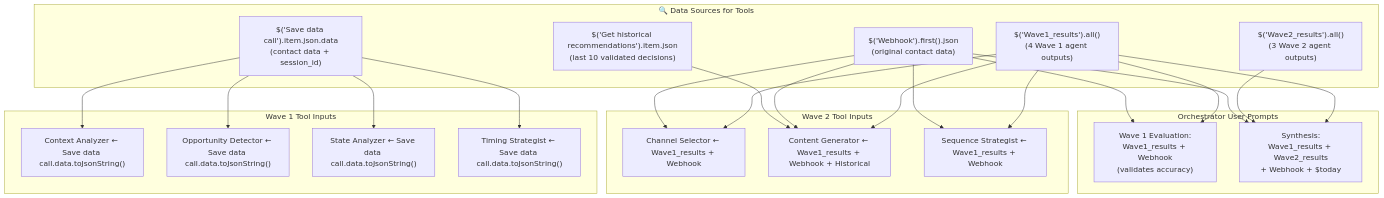
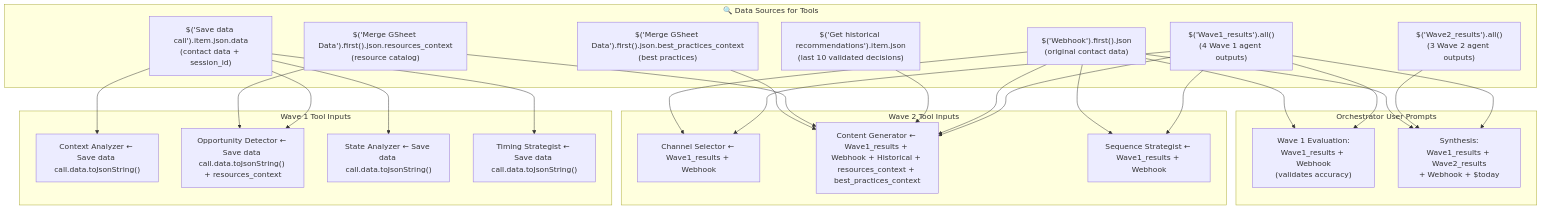
Before and after one commit to damianstetsonair/sales-n8n-ia: the third of 17 diagrams in WORKFLOW-DIAGRAM.md, drawn with Mermaid. The commit also changed other lines of this file and 1 other file, not shown here.

````diff
--- a/WORKFLOW-DIAGRAM.md
+++ b/WORKFLOW-DIAGRAM.md
@@ -224,38 +263,43 @@
 ```mermaid
 flowchart TB
     subgraph SOURCES["🔍 Data Sources for Tools"]
         WH_DATA["$('Webhook').first().json<br/>(original contact data)"]
         SDC_DATA["$('Save data call').item.json.data<br/>(contact data + session_id)"]
+        RES_DATA["$('Merge GSheet Data').first().json.resources_context<br/>(resource catalog)"]
+        BP_DATA["$('Merge GSheet Data').first().json.best_practices_context<br/>(best practices)"]
         WAVE1_RESULTS["$('Wave1_results').all()<br/>(4 Wave 1 agent outputs)"]
         HIST_DATA["$('Get historical recommendations').item.json<br/>(last 10 validated decisions)"]
         WAVE2_RESULTS["$('Wave2_results').all()<br/>(3 Wave 2 agent outputs)"]
     end
 
     subgraph WAVE1_TOOLS["Wave 1 Tool Inputs"]
         W1T1["Context Analyzer ← Save data call.data.toJsonString()"]
-        W1T2["Opportunity Detector ← Save data call.data.toJsonString()"]
+        W1T2["Opportunity Detector ← Save data call.data.toJsonString() + resources_context"]
         W1T3["State Analyzer ← Save data call.data.toJsonString()"]
         W1T4["Timing Strategist ← Save data call.data.toJsonString()"]
     end
 
     subgraph WAVE2_TOOLS["Wave 2 Tool Inputs"]
         W2T1["Channel Selector ← Wave1_results + Webhook"]
-        W2T2["Content Generator ← Wave1_results + Webhook + Historical"]
+        W2T2["Content Generator ← Wave1_results + Webhook + Historical + resources_context + best_practices_context"]
         W2T3["Sequence Strategist ← Wave1_results + Webhook"]
     end
 
     subgraph ORCHESTRATOR_INPUTS["Orchestrator User Prompts"]
         EVAL_PROMPT["Wave 1 Evaluation:<br/>Wave1_results + Webhook<br/>(validates accuracy)"]
         SYNTH_PROMPT["Synthesis:<br/>Wave1_results + Wave2_results<br/>+ Webhook + $today"]
     end
 
     SDC_DATA --> W1T1 & W1T2 & W1T3 & W1T4
+    RES_DATA --> W1T2
     WAVE1_RESULTS --> W2T1 & W2T2 & W2T3
     WH_DATA --> W2T1 & W2T2 & W2T3
     HIST_DATA --> W2T2
+    RES_DATA --> W2T2
+    BP_DATA --> W2T2
     WAVE1_RESULTS --> EVAL_PROMPT
     WH_DATA --> EVAL_PROMPT
     WAVE1_RESULTS --> SYNTH_PROMPT
     WAVE2_RESULTS --> SYNTH_PROMPT
     WH_DATA --> SYNTH_PROMPT
 ```
````
